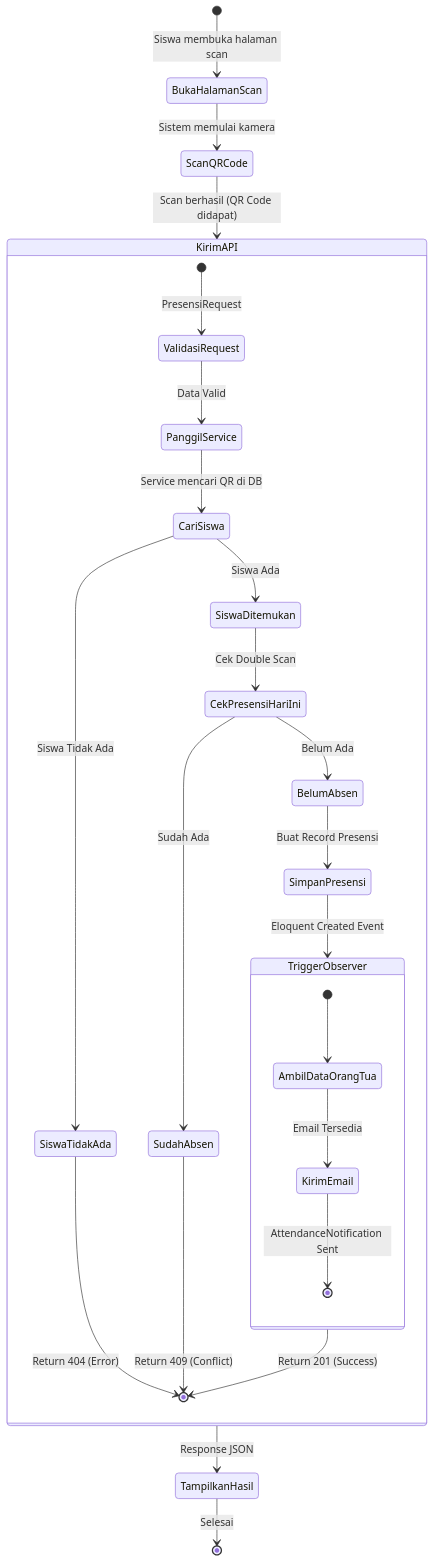
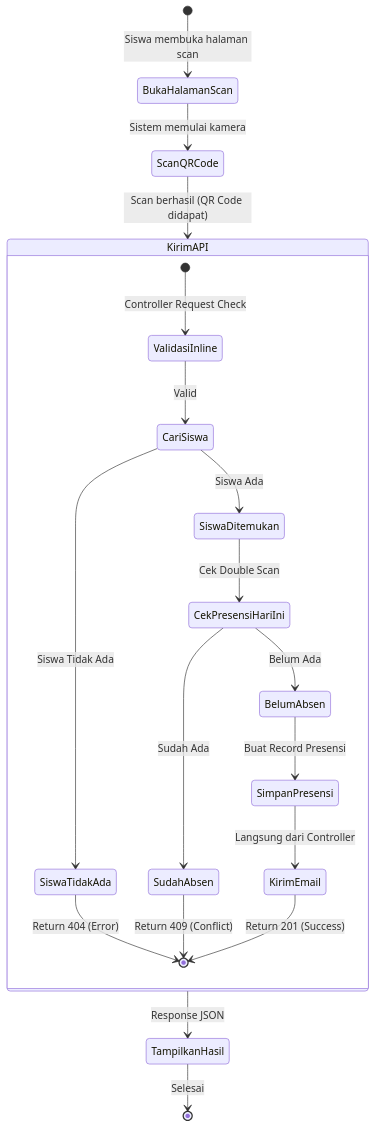
The diagram in docs/Jurnal/Diagram/ActivityDiagram.md (DimasVSuper/Sistem-Informasi-Presensi-Siswa-Laravel-11), drawn with Mermaid before and after one commit. The commit also changed other lines of this file and 12 other files, not shown here.

Commit message:
docs: initialize comprehensive technical documentation, project architecture, and quality assurance journals.

````diff
--- a/docs/Jurnal/Diagram/ActivityDiagram.md
+++ b/docs/Jurnal/Diagram/ActivityDiagram.md
@@ -5,36 +5,29 @@
 ```mermaid
 stateDiagram-v2
     [*] --> BukaHalamanScan: Siswa membuka halaman scan
     BukaHalamanScan --> ScanQRCode: Sistem memulai kamera
     ScanQRCode --> KirimAPI: Scan berhasil (QR Code didapat)
     
     state KirimAPI {
-        [*] --> ValidasiRequest: PresensiRequest
-        ValidasiRequest --> PanggilService: Data Valid
-        PanggilService --> CariSiswa: Service mencari QR di DB
+        [*] --> ValidasiInline: Controller Request Check
+        ValidasiInline --> CariSiswa: Valid
         
         CariSiswa --> SiswaDitemukan: Siswa Ada
         CariSiswa --> SiswaTidakAda: Siswa Tidak Ada
         
         SiswaTidakAda --> [*]: Return 404 (Error)
         
         SiswaDitemukan --> CekPresensiHariIni: Cek Double Scan
         CekPresensiHariIni --> BelumAbsen: Belum Ada
         CekPresensiHariIni --> SudahAbsen: Sudah Ada
         
         SudahAbsen --> [*]: Return 409 (Conflict)
         
         BelumAbsen --> SimpanPresensi: Buat Record Presensi
-        SimpanPresensi --> TriggerObserver: Eloquent Created Event
-        TriggerObserver --> [*]: Return 201 (Success)
-    }
-
-    state TriggerObserver {
-        [*] --> AmbilDataOrangTua
-        AmbilDataOrangTua --> KirimEmail: Email Tersedia
-        KirimEmail --> [*]: AttendanceNotification Sent
+        SimpanPresensi --> KirimEmail: Langsung dari Controller
+        KirimEmail --> [*]: Return 201 (Success)
     }
 
     KirimAPI --> TampilkanHasil: Response JSON
     TampilkanHasil --> [*]: Selesai
 ```
````
